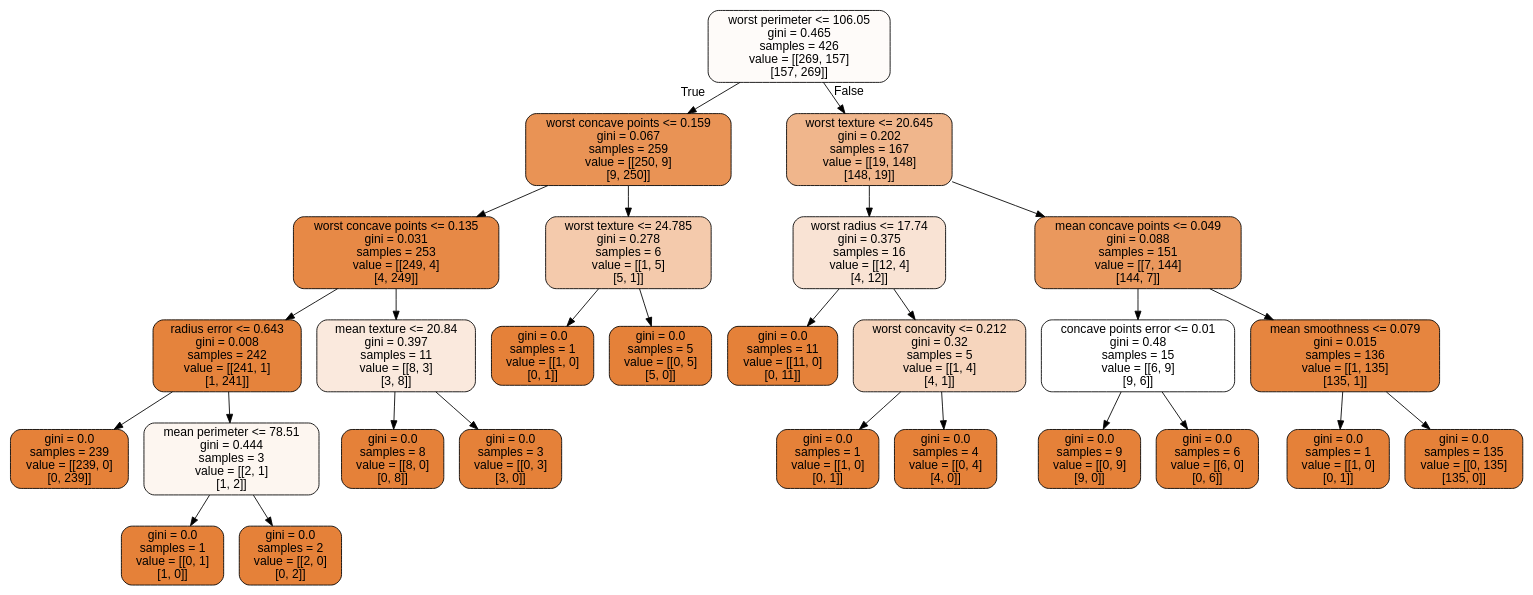
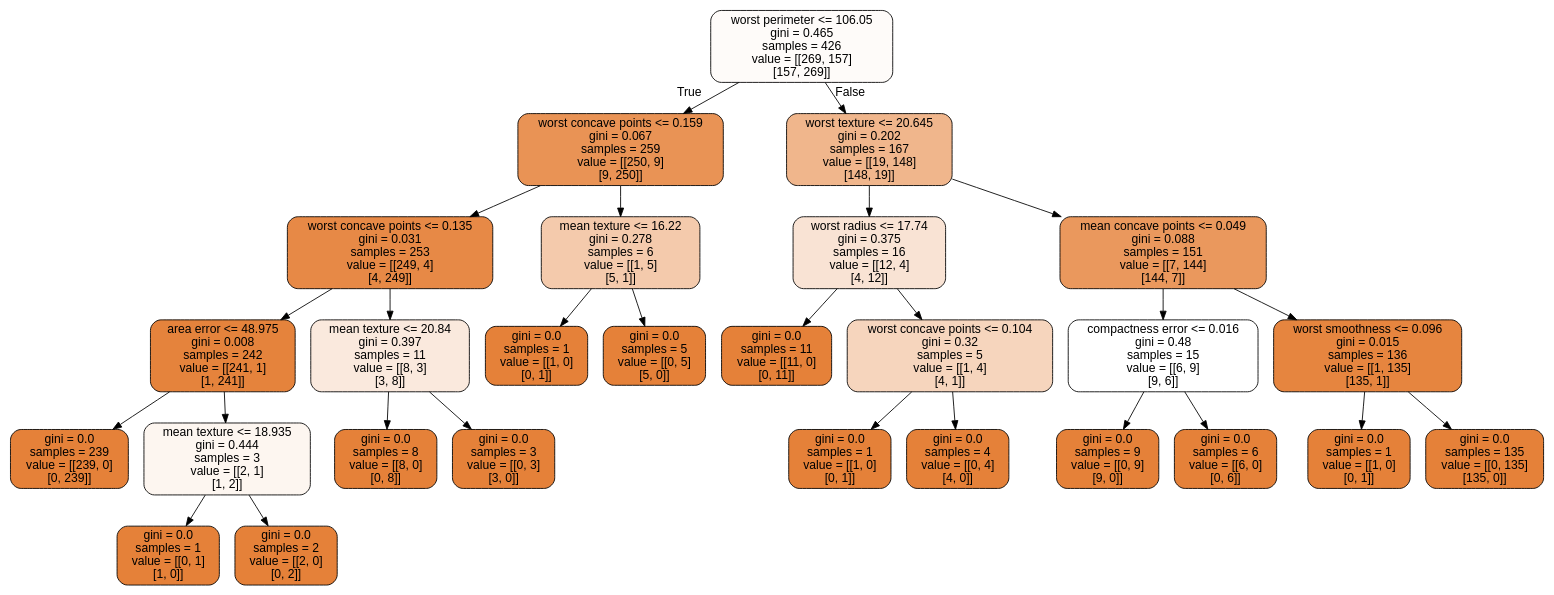
The diagram in doc/LectureNotes/DataFiles/cancer.dot (CompPhysics/MachineLearning), drawn with Graphviz before and after one commit. The commit also changed 113 other files, not shown here.

```diff
--- a/doc/LectureNotes/DataFiles/cancer.dot
+++ b/doc/LectureNotes/DataFiles/cancer.dot
@@ -1,57 +1,57 @@
 digraph Tree {
 node [shape=box, style="filled, rounded", color="black", fontname="helvetica"] ;
 edge [fontname="helvetica"] ;
 0 [label="worst perimeter <= 106.05\ngini = 0.465\nsamples = 426\nvalue = [[269, 157]\n[157, 269]]", fillcolor="#fefbf9"] ;
 1 [label="worst concave points <= 0.159\ngini = 0.067\nsamples = 259\nvalue = [[250, 9]\n[9, 250]]", fillcolor="#e99355"] ;
 0 -> 1 [labeldistance=2.5, labelangle=45, headlabel="True"] ;
 2 [label="worst concave points <= 0.135\ngini = 0.031\nsamples = 253\nvalue = [[249, 4]\n[4, 249]]", fillcolor="#e78946"] ;
 1 -> 2 ;
-3 [label="radius error <= 0.643\ngini = 0.008\nsamples = 242\nvalue = [[241, 1]\n[1, 241]]", fillcolor="#e5833c"] ;
+3 [label="area error <= 48.975\ngini = 0.008\nsamples = 242\nvalue = [[241, 1]\n[1, 241]]", fillcolor="#e5833c"] ;
 2 -> 3 ;
 4 [label="gini = 0.0\nsamples = 239\nvalue = [[239, 0]\n[0, 239]]", fillcolor="#e58139"] ;
 3 -> 4 ;
-5 [label="mean perimeter <= 78.51\ngini = 0.444\nsamples = 3\nvalue = [[2, 1]\n[1, 2]]", fillcolor="#fdf6f0"] ;
+5 [label="mean texture <= 18.935\ngini = 0.444\nsamples = 3\nvalue = [[2, 1]\n[1, 2]]", fillcolor="#fdf6f0"] ;
 3 -> 5 ;
 6 [label="gini = 0.0\nsamples = 1\nvalue = [[0, 1]\n[1, 0]]", fillcolor="#e58139"] ;
 5 -> 6 ;
 7 [label="gini = 0.0\nsamples = 2\nvalue = [[2, 0]\n[0, 2]]", fillcolor="#e58139"] ;
 5 -> 7 ;
 8 [label="mean texture <= 20.84\ngini = 0.397\nsamples = 11\nvalue = [[8, 3]\n[3, 8]]", fillcolor="#fae9dd"] ;
 2 -> 8 ;
 9 [label="gini = 0.0\nsamples = 8\nvalue = [[8, 0]\n[0, 8]]", fillcolor="#e58139"] ;
 8 -> 9 ;
 10 [label="gini = 0.0\nsamples = 3\nvalue = [[0, 3]\n[3, 0]]", fillcolor="#e58139"] ;
 8 -> 10 ;
-11 [label="worst texture <= 24.785\ngini = 0.278\nsamples = 6\nvalue = [[1, 5]\n[5, 1]]", fillcolor="#f4caac"] ;
+11 [label="mean texture <= 16.22\ngini = 0.278\nsamples = 6\nvalue = [[1, 5]\n[5, 1]]", fillcolor="#f4caac"] ;
 1 -> 11 ;
 12 [label="gini = 0.0\nsamples = 1\nvalue = [[1, 0]\n[0, 1]]", fillcolor="#e58139"] ;
 11 -> 12 ;
 13 [label="gini = 0.0\nsamples = 5\nvalue = [[0, 5]\n[5, 0]]", fillcolor="#e58139"] ;
 11 -> 13 ;
 14 [label="worst texture <= 20.645\ngini = 0.202\nsamples = 167\nvalue = [[19, 148]\n[148, 19]]", fillcolor="#f0b68c"] ;
 0 -> 14 [labeldistance=2.5, labelangle=-45, headlabel="False"] ;
 15 [label="worst radius <= 17.74\ngini = 0.375\nsamples = 16\nvalue = [[12, 4]\n[4, 12]]", fillcolor="#f9e3d4"] ;
 14 -> 15 ;
 16 [label="gini = 0.0\nsamples = 11\nvalue = [[11, 0]\n[0, 11]]", fillcolor="#e58139"] ;
 15 -> 16 ;
-17 [label="worst concavity <= 0.212\ngini = 0.32\nsamples = 5\nvalue = [[1, 4]\n[4, 1]]", fillcolor="#f6d5bd"] ;
+17 [label="worst concave points <= 0.104\ngini = 0.32\nsamples = 5\nvalue = [[1, 4]\n[4, 1]]", fillcolor="#f6d5bd"] ;
 15 -> 17 ;
 18 [label="gini = 0.0\nsamples = 1\nvalue = [[1, 0]\n[0, 1]]", fillcolor="#e58139"] ;
 17 -> 18 ;
 19 [label="gini = 0.0\nsamples = 4\nvalue = [[0, 4]\n[4, 0]]", fillcolor="#e58139"] ;
 17 -> 19 ;
 20 [label="mean concave points <= 0.049\ngini = 0.088\nsamples = 151\nvalue = [[7, 144]\n[144, 7]]", fillcolor="#ea985d"] ;
 14 -> 20 ;
-21 [label="concave points error <= 0.01\ngini = 0.48\nsamples = 15\nvalue = [[6, 9]\n[9, 6]]", fillcolor="#ffffff"] ;
+21 [label="compactness error <= 0.016\ngini = 0.48\nsamples = 15\nvalue = [[6, 9]\n[9, 6]]", fillcolor="#ffffff"] ;
 20 -> 21 ;
 22 [label="gini = 0.0\nsamples = 9\nvalue = [[0, 9]\n[9, 0]]", fillcolor="#e58139"] ;
 21 -> 22 ;
 23 [label="gini = 0.0\nsamples = 6\nvalue = [[6, 0]\n[0, 6]]", fillcolor="#e58139"] ;
 21 -> 23 ;
-24 [label="mean smoothness <= 0.079\ngini = 0.015\nsamples = 136\nvalue = [[1, 135]\n[135, 1]]", fillcolor="#e6853f"] ;
+24 [label="worst smoothness <= 0.096\ngini = 0.015\nsamples = 136\nvalue = [[1, 135]\n[135, 1]]", fillcolor="#e6853f"] ;
 20 -> 24 ;
 25 [label="gini = 0.0\nsamples = 1\nvalue = [[1, 0]\n[0, 1]]", fillcolor="#e58139"] ;
 24 -> 25 ;
 26 [label="gini = 0.0\nsamples = 135\nvalue = [[0, 135]\n[135, 0]]", fillcolor="#e58139"] ;
 24 -> 26 ;
 }
```
